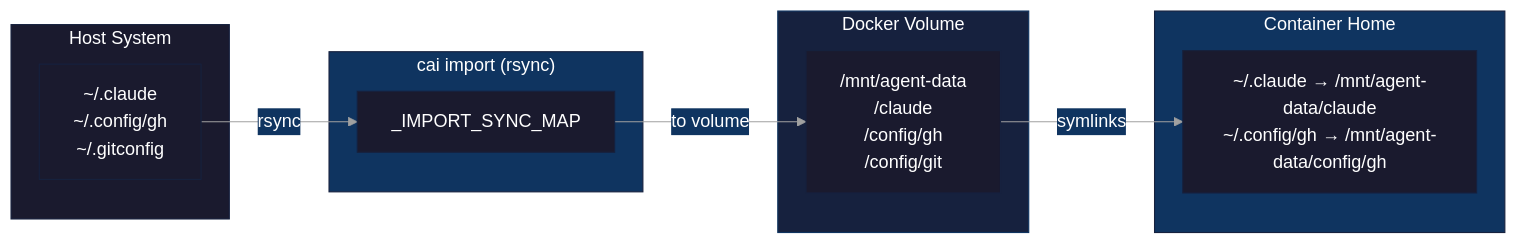
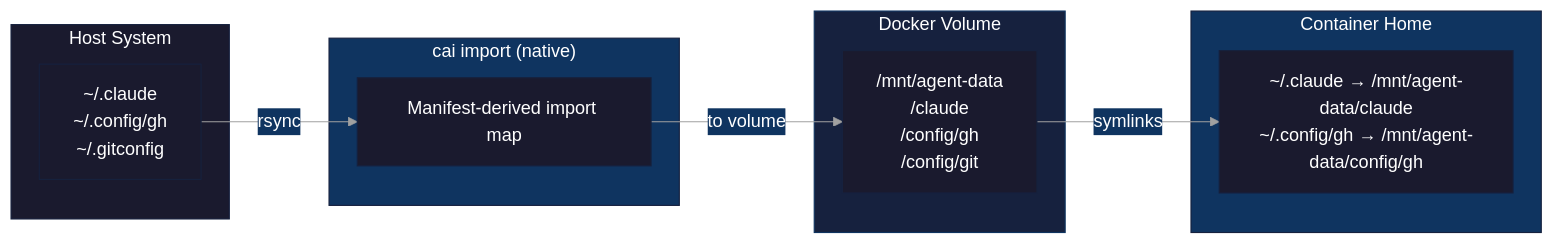
Before and after one commit to novotnyllc/ContainAI: the first of 3 diagrams in docs/sync-architecture.md, drawn with Mermaid. The commit also changed other lines of this file and 9 other files, not shown here.

````diff
--- a/docs/sync-architecture.md
+++ b/docs/sync-architecture.md
@@ -7,37 +7,37 @@
 ```mermaid
 %%{init: {'theme': 'base', 'themeVariables': {
   'primaryColor': '#1a1a2e',
   'primaryTextColor': '#ffffff',
   'primaryBorderColor': '#16213e',
   'secondaryColor': '#0f3460',
   'tertiaryColor': '#1a1a2e',
   'lineColor': '#a0a0a0',
   'textColor': '#ffffff',
   'background': '#0d1117'
 }}}%%
 flowchart LR
     subgraph Host["Host System"]
         HostConfigs["~/.claude<br/>~/.config/gh<br/>~/.gitconfig"]
     end
 
-    subgraph Sync["cai import (rsync)"]
-        SyncMap["_IMPORT_SYNC_MAP"]
+    subgraph Sync["cai import (native)"]
+        SyncMap["Manifest-derived import map"]
     end
 
     subgraph Volume["Docker Volume"]
         VolData["/mnt/agent-data<br/>/claude<br/>/config/gh<br/>/config/git"]
     end
 
     subgraph Container["Container Home"]
         Symlinks["~/.claude → /mnt/agent-data/claude<br/>~/.config/gh → /mnt/agent-data/config/gh"]
     end
 
     HostConfigs -->|"rsync"| SyncMap
     SyncMap -->|"to volume"| VolData
     VolData -->|"symlinks"| Symlinks
 
     style Host fill:#1a1a2e,stroke:#16213e,color:#fff
     style Sync fill:#0f3460,stroke:#16213e,color:#fff
     style Volume fill:#16213e,stroke:#0f3460,color:#fff
     style Container fill:#0f3460,stroke:#16213e,color:#fff
 ```
````
